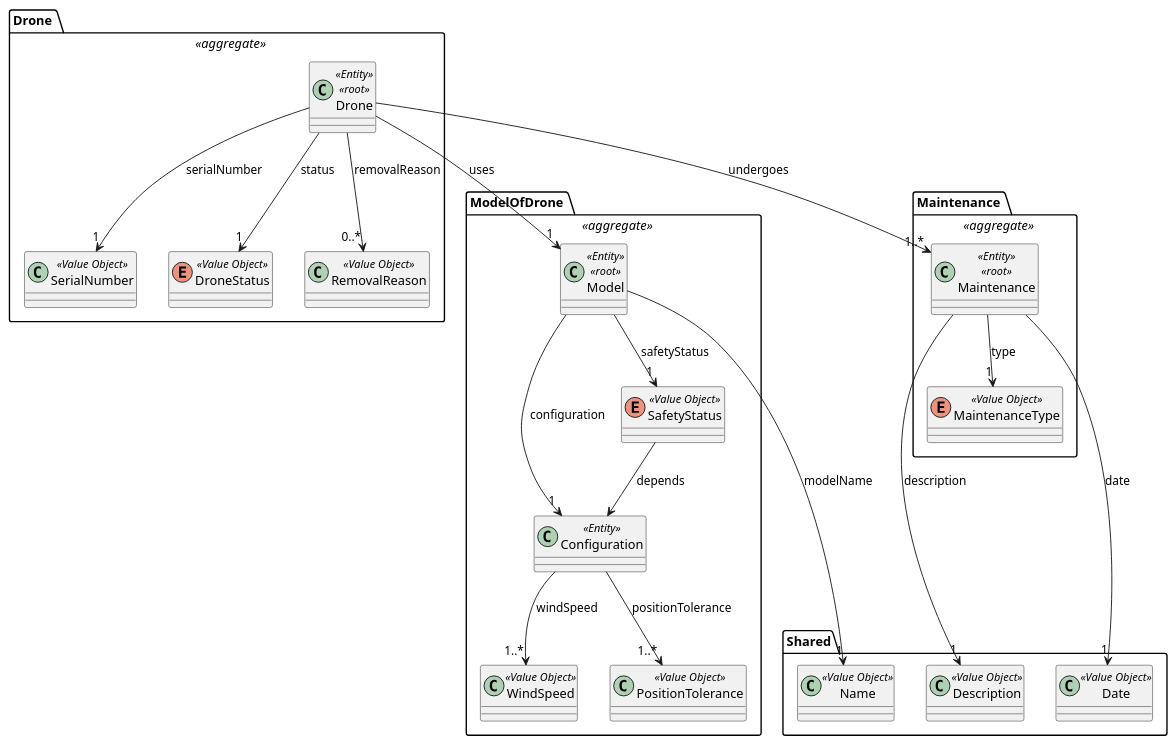
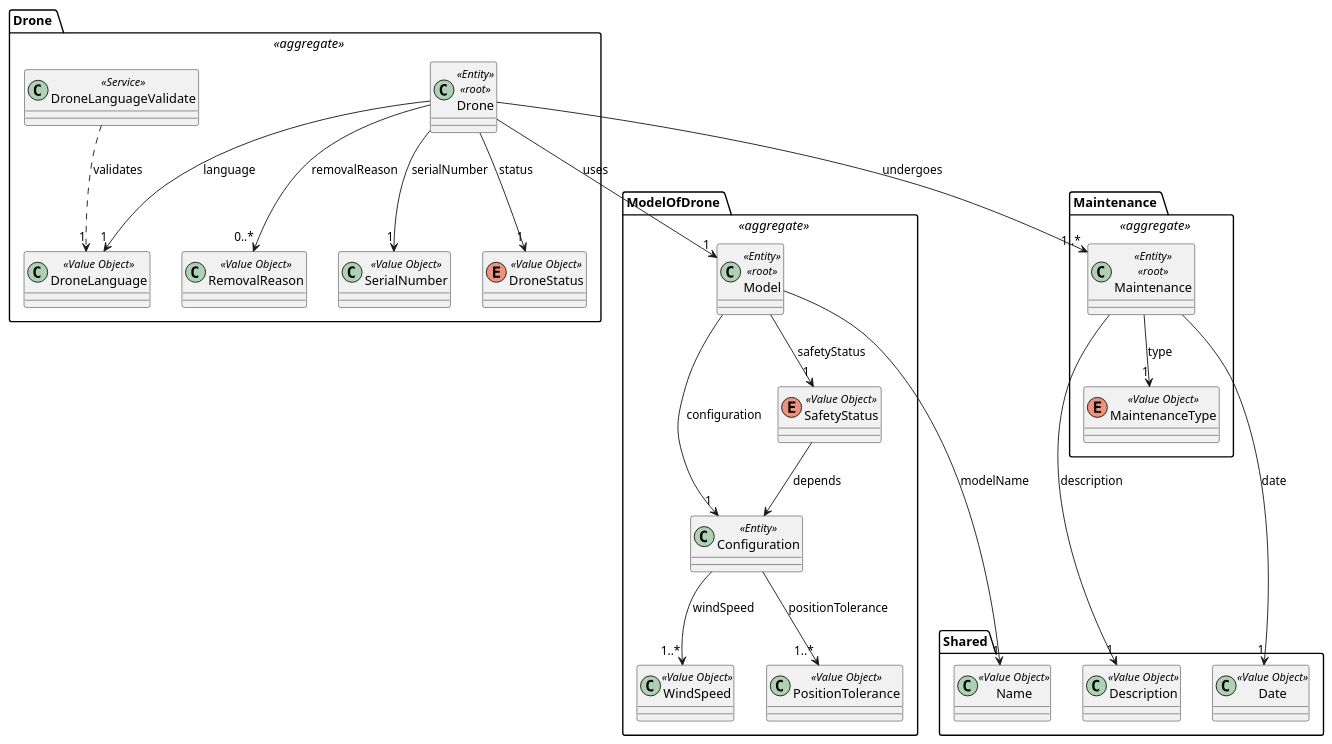
Before and after one commit to diogoveirospro/sem4pi-2024-2025-sem4pi_2024_2025_g44: the diagram in docs/global_artifacts/analysis/puml/domain_model_drone.puml, drawn with PlantUML. The commit also changed 5 other files, not shown here.

Commit message:
Addition of services to the domain model to validate the show proposal template, drone language, and show DSL description

```diff
--- a/docs/global_artifacts/analysis/puml/domain_model_drone.puml
+++ b/docs/global_artifacts/analysis/puml/domain_model_drone.puml
@@ -1,87 +1,97 @@
 @startuml
 
 package "Drone " <<aggregate>> {
 
     class Drone <<Entity>> <<root>>{
     }
 
     class SerialNumber <<Value Object>>{
     }
 
     enum DroneStatus <<Value Object>>{
     }
 
-     class RemovalReason <<Value Object>>{
-        }
+    class RemovalReason <<Value Object>>{
+    }
+
+    class DroneLanguage <<Value Object>>{
+    }
+
+    class DroneLanguageValidate <<Service>>{
+    }
 
     'Drone -> x
     Drone --> "1" DroneStatus: status
     Drone --> "1" SerialNumber: serialNumber
     Drone --> "0..*" RemovalReason: removalReason
+    Drone --> "1" DroneLanguage: language
+
+    'DroneLanguageValidate -> x
+    DroneLanguageValidate ..> "1" DroneLanguage: validates
 }
 
 package "ModelOfDrone " <<aggregate>> {
 
     class Model <<Entity>> <<root>>{
     }
 
     class Configuration <<Entity>>{
     }
 
     class WindSpeed <<Value Object>>{
     }
 
     class PositionTolerance <<Value Object>>{
     }
 
     enum SafetyStatus <<Value Object>>{
     }
 
     'Model -> x
     Model --> "1" Configuration: configuration
     Configuration --> "1..*" WindSpeed: windSpeed
     Configuration --> "1..*" PositionTolerance: positionTolerance
     Model --> "1" SafetyStatus: safetyStatus
-        SafetyStatus -->  Configuration: depends
+    SafetyStatus -->  Configuration: depends
 
 
     'Drone -> x
     Drone --> "1" Model: uses
 
 }
 
 package "Maintenance " <<aggregate>> {
 
     class Maintenance <<Entity>> <<root>>{
     }
 
     enum MaintenanceType <<Value Object>>{
     }
 
     'Maintenance -> x
     Maintenance --> "1" MaintenanceType: type
 
     'Drone -> x
     Drone --> "1..*" Maintenance: undergoes
 }
 
 package Shared {
 
     class Date <<Value Object>>{
     }
 
     class Description <<Value Object>>{
     }
 
     class Name <<Value Object>>{
     }
 
     'Maintenance -> x
     Maintenance ----> "1" Date: date
     Maintenance ----> "1" Description: description
 
     'Model -> x
     Model ----> "1" Name: modelName
 }
 
 @enduml
```
